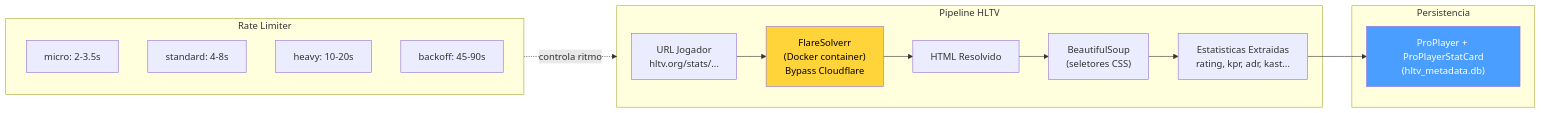
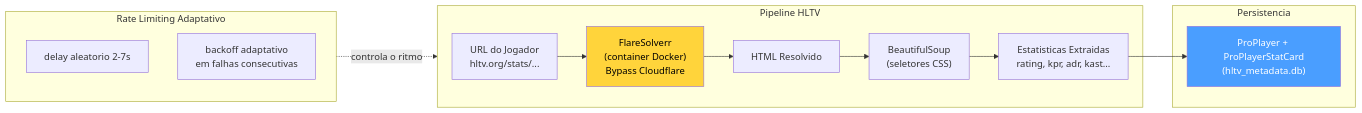
Diagram 13 of 16 in docs/books/Book-Coach-1B-pt.md (renanaugustomacena-ux/Counter-Strike-coach-AI), drawn with Mermaid before and after one commit. The commit also changed other lines of this file and 36 other files, not shown here.

````diff
--- a/docs/books/Book-Coach-1B-pt.md
+++ b/docs/books/Book-Coach-1B-pt.md
@@ -768,23 +768,21 @@
 ```mermaid
 flowchart LR
     subgraph FETCH["Pipeline HLTV"]
-        URL["URL Jogador<br/>hltv.org/stats/..."]
-        URL --> FLARE["FlareSolverr<br/>(Docker container)<br/>Bypass Cloudflare"]
+        URL["URL do Jogador<br/>hltv.org/stats/..."]
+        URL --> FLARE["FlareSolverr<br/>(container Docker)<br/>Bypass Cloudflare"]
         FLARE --> HTML["HTML Resolvido"]
         HTML --> BS["BeautifulSoup<br/>(seletores CSS)"]
         BS --> STATS["Estatisticas Extraidas<br/>rating, kpr, adr, kast..."]
     end
-    subgraph RATE["Rate Limiter"]
-        MICRO["micro: 2-3.5s"]
-        STD["standard: 4-8s"]
-        HEAVY["heavy: 10-20s"]
-        BACK["backoff: 45-90s"]
+    subgraph RATE["Rate Limiting Adaptativo"]
+        DELAY["delay aleatorio 2-7s"]
+        BACK["backoff adaptativo<br/>em falhas consecutivas"]
     end
     subgraph SAVE["Persistencia"]
         STATS --> DB["ProPlayer + ProPlayerStatCard<br/>(hltv_metadata.db)"]
     end
-    RATE -.->|"controla ritmo"| FETCH
+    RATE -.->|"controla o ritmo"| FETCH
 
     style FLARE fill:#ffd43b,color:#000
     style DB fill:#4a9eff,color:#fff
 ```
````
